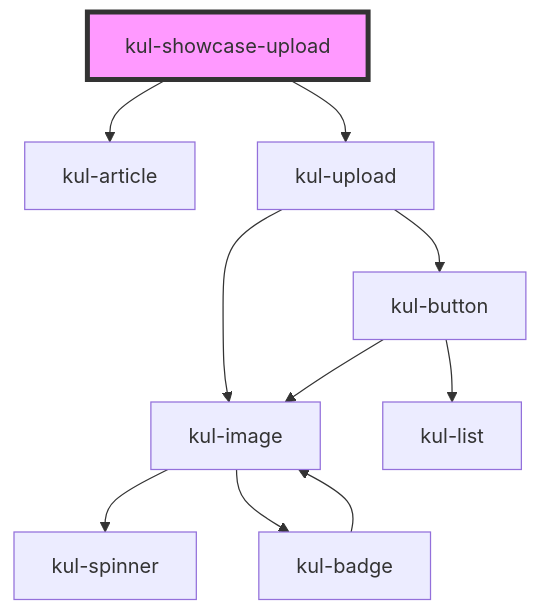
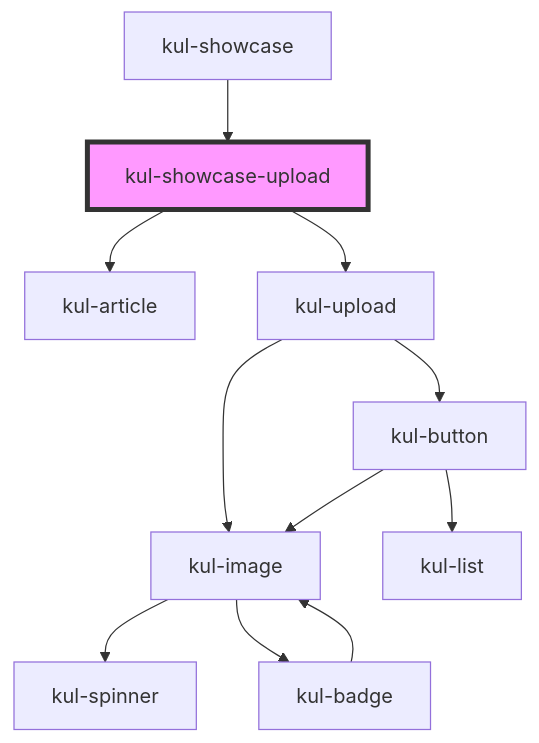
One commit to lucafoscili/ketchup-lite changed the diagram in packages/ketchup-lite/src/components/kul-showcase/components/upload/readme.md. Above: the diagram before and after it, drawn with Mermaid. The commit also changed other lines of this file and 45 other files, not shown here.

````diff
--- a/packages/ketchup-lite/src/components/kul-showcase/components/upload/readme.md
+++ b/packages/ketchup-lite/src/components/kul-showcase/components/upload/readme.md
@@ -24,13 +28,14 @@
 ```mermaid
 graph TD;
   kul-showcase-upload --> kul-article
   kul-showcase-upload --> kul-upload
   kul-upload --> kul-image
   kul-upload --> kul-button
   kul-image --> kul-spinner
   kul-image --> kul-badge
   kul-badge --> kul-image
   kul-button --> kul-image
   kul-button --> kul-list
+  kul-showcase --> kul-showcase-upload
   style kul-showcase-upload fill:#f9f,stroke:#333,stroke-width:4px
 ```
````
